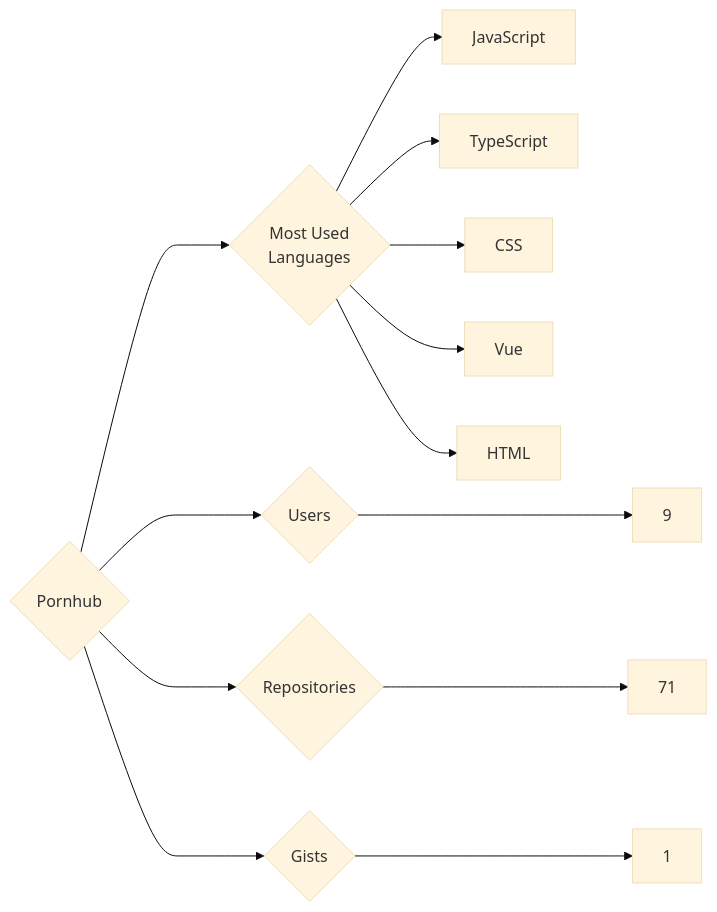
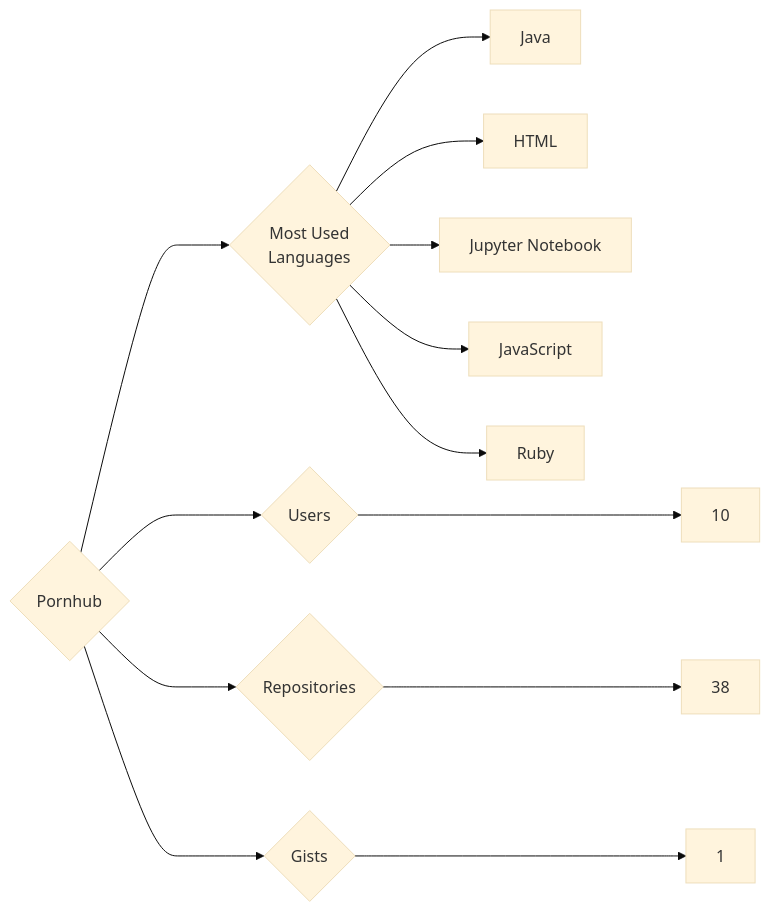
The diagram in targets/Pornhub/README.md (trickest/insiders), drawn with Mermaid (base theme) before and after one commit. The commit also changed 970 other files, not shown here.

````diff
--- a/targets/Pornhub/README.md
+++ b/targets/Pornhub/README.md
@@ -3,13 +3,13 @@
 ```mermaid
 graph LR
 COMPANY_NAME{Pornhub}
-COMPANY_NAME ---> U{Users} ---> UN[9]
-COMPANY_NAME ---> R{Repositories} ---> RN[71]
+COMPANY_NAME ---> U{Users} ---> UN[10]
+COMPANY_NAME ---> R{Repositories} ---> RN[38]
 COMPANY_NAME ---> G{Gists} ---> GN[1]
 COMPANY_NAME ---> ML{Most Used<br>Languages}
+ML --> Java[Java]
+ML --> HTML[HTML]
+ML --> Jupyter_Notebook[Jupyter Notebook]
 ML --> JavaScript[JavaScript]
-ML --> TypeScript[TypeScript]
-ML --> CSS[CSS]
-ML --> Vue[Vue]
-ML --> HTML[HTML]
+ML --> Ruby[Ruby]
 ```
````
